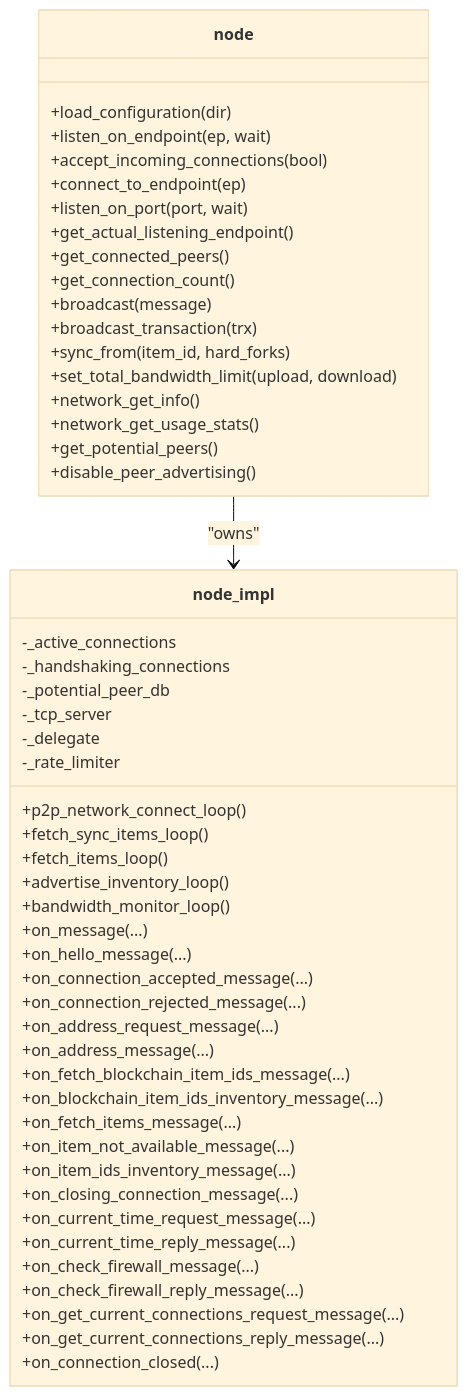
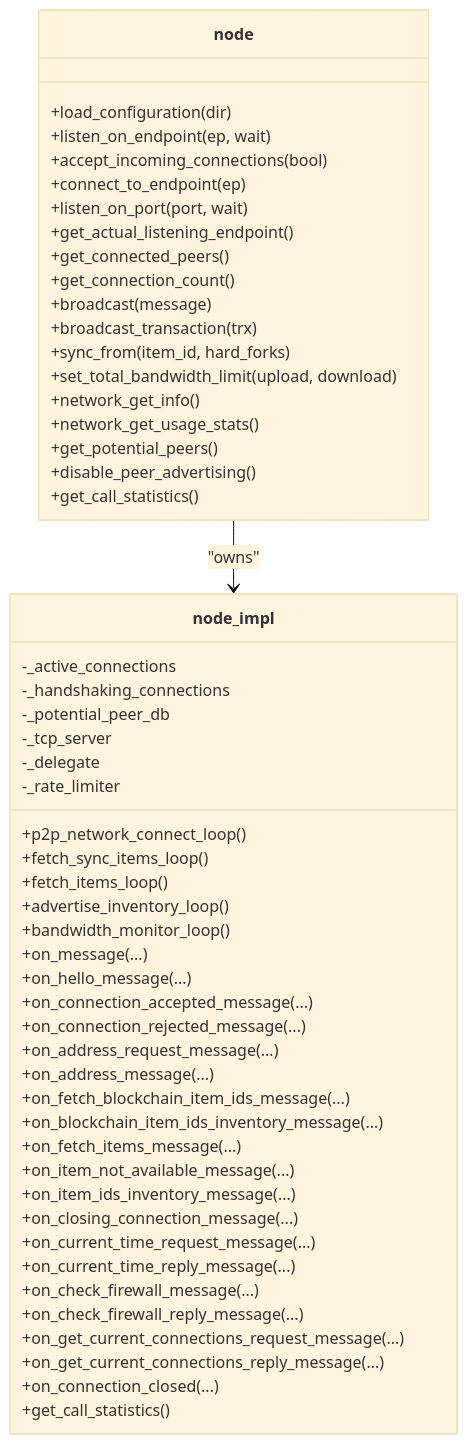
Before and after one commit to VIZ-Blockchain/viz-cpp-node: the third of 11 diagrams in .qoder/repowiki/en/content/Architecture Overview/Core Libraries/Network Library/Network Library.md, drawn with Mermaid (base theme). The commit also changed other lines of this file and 3 other files, not shown here.

````diff
--- a/.qoder/repowiki/en/content/Architecture Overview/Core Libraries/Network Library/Network Library.md
+++ b/.qoder/repowiki/en/content/Architecture Overview/Core Libraries/Network Library/Network Library.md
@@ -155,54 +175,56 @@
 ```mermaid
 classDiagram
 class node {
 +load_configuration(dir)
 +listen_on_endpoint(ep, wait)
 +accept_incoming_connections(bool)
 +connect_to_endpoint(ep)
 +listen_on_port(port, wait)
 +get_actual_listening_endpoint()
 +get_connected_peers()
 +get_connection_count()
 +broadcast(message)
 +broadcast_transaction(trx)
 +sync_from(item_id, hard_forks)
 +set_total_bandwidth_limit(upload, download)
 +network_get_info()
 +network_get_usage_stats()
 +get_potential_peers()
 +disable_peer_advertising()
++get_call_statistics()
 }
 class node_impl {
 -_active_connections
 -_handshaking_connections
 -_potential_peer_db
 -_tcp_server
 -_delegate
 -_rate_limiter
 +p2p_network_connect_loop()
 +fetch_sync_items_loop()
 +fetch_items_loop()
 +advertise_inventory_loop()
 +bandwidth_monitor_loop()
 +on_message(...)
 +on_hello_message(...)
 +on_connection_accepted_message(...)
 +on_connection_rejected_message(...)
 +on_address_request_message(...)
 +on_address_message(...)
 +on_fetch_blockchain_item_ids_message(...)
 +on_blockchain_item_ids_inventory_message(...)
 +on_fetch_items_message(...)
 +on_item_not_available_message(...)
 +on_item_ids_inventory_message(...)
 +on_closing_connection_message(...)
 +on_current_time_request_message(...)
 +on_current_time_reply_message(...)
 +on_check_firewall_message(...)
 +on_check_firewall_reply_message(...)
 +on_get_current_connections_request_message(...)
 +on_get_current_connections_reply_message(...)
 +on_connection_closed(...)
++get_call_statistics()
 }
 node --> node_impl : "owns"
 ```
````
